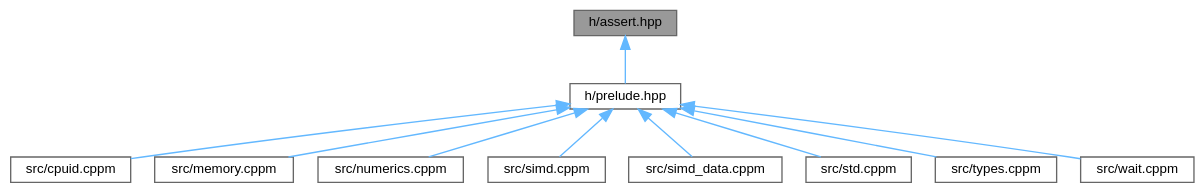
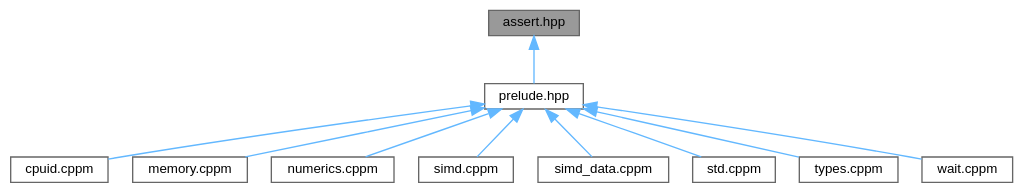
Before and after one commit to ekmett/ein: the diagram in db/dd9/assert_8hpp__dep__incl.dot, drawn with Graphviz. The commit also changed 78 other files, not shown here.

```diff
--- a/db/dd9/assert_8hpp__dep__incl.dot
+++ b/db/dd9/assert_8hpp__dep__incl.dot
@@ -1,27 +1,27 @@
-digraph "h/assert.hpp"
+digraph "assert.hpp"
 {
  // INTERACTIVE_SVG=YES
  // LATEX_PDF_SIZE
   bgcolor="transparent";
   edge [fontname=Helvetica,fontsize=10,labelfontname=Helvetica,labelfontsize=10];
   node [fontname=Helvetica,fontsize=10,shape=box,height=0.2,width=0.4];
-  Node1 [id="Node000001",label="h/assert.hpp",height=0.2,width=0.4,color="gray40", fillcolor="grey60", style="filled", fontcolor="black",tooltip="assert even during release"];
+  Node1 [id="Node000001",label="assert.hpp",height=0.2,width=0.4,color="gray40", fillcolor="grey60", style="filled", fontcolor="black",tooltip="assert even during release"];
   Node1 -> Node2 [id="edge1_Node000001_Node000002",dir="back",color="steelblue1",style="solid",tooltip=" "];
-  Node2 [id="Node000002",label="h/prelude.hpp",height=0.2,width=0.4,color="grey40", fillcolor="white", style="filled",URL="$de/d13/prelude_8hpp.html",tooltip="All c++ headers."];
+  Node2 [id="Node000002",label="prelude.hpp",height=0.2,width=0.4,color="grey40", fillcolor="white", style="filled",URL="$de/d13/prelude_8hpp.html",tooltip="All c++ headers."];
   Node2 -> Node3 [id="edge2_Node000002_Node000003",dir="back",color="steelblue1",style="solid",tooltip=" "];
-  Node3 [id="Node000003",label="src/cpuid.cppm",height=0.2,width=0.4,color="grey40", fillcolor="white", style="filled",URL="$d2/d8a/cpuid_8cppm.html",tooltip=" "];
+  Node3 [id="Node000003",label="cpuid.cppm",height=0.2,width=0.4,color="grey40", fillcolor="white", style="filled",URL="$d2/d8a/cpuid_8cppm.html",tooltip=" "];
   Node2 -> Node4 [id="edge3_Node000002_Node000004",dir="back",color="steelblue1",style="solid",tooltip=" "];
-  Node4 [id="Node000004",label="src/memory.cppm",height=0.2,width=0.4,color="grey40", fillcolor="white", style="filled",URL="$d8/d4c/memory_8cppm.html",tooltip=" "];
+  Node4 [id="Node000004",label="memory.cppm",height=0.2,width=0.4,color="grey40", fillcolor="white", style="filled",URL="$d8/d4c/memory_8cppm.html",tooltip=" "];
   Node2 -> Node5 [id="edge4_Node000002_Node000005",dir="back",color="steelblue1",style="solid",tooltip=" "];
-  Node5 [id="Node000005",label="src/numerics.cppm",height=0.2,width=0.4,color="grey40", fillcolor="white", style="filled",URL="$d5/d65/numerics_8cppm.html",tooltip=" "];
+  Node5 [id="Node000005",label="numerics.cppm",height=0.2,width=0.4,color="grey40", fillcolor="white", style="filled",URL="$d5/d65/numerics_8cppm.html",tooltip=" "];
   Node2 -> Node6 [id="edge5_Node000002_Node000006",dir="back",color="steelblue1",style="solid",tooltip=" "];
-  Node6 [id="Node000006",label="src/simd.cppm",height=0.2,width=0.4,color="grey40", fillcolor="white", style="filled",URL="$da/d01/simd_8cppm.html",tooltip=" "];
+  Node6 [id="Node000006",label="simd.cppm",height=0.2,width=0.4,color="grey40", fillcolor="white", style="filled",URL="$da/d01/simd_8cppm.html",tooltip=" "];
   Node2 -> Node7 [id="edge6_Node000002_Node000007",dir="back",color="steelblue1",style="solid",tooltip=" "];
-  Node7 [id="Node000007",label="src/simd_data.cppm",height=0.2,width=0.4,color="grey40", fillcolor="white", style="filled",URL="$df/d88/simd__data_8cppm.html",tooltip=" "];
+  Node7 [id="Node000007",label="simd_data.cppm",height=0.2,width=0.4,color="grey40", fillcolor="white", style="filled",URL="$df/d88/simd__data_8cppm.html",tooltip=" "];
   Node2 -> Node8 [id="edge7_Node000002_Node000008",dir="back",color="steelblue1",style="solid",tooltip=" "];
-  Node8 [id="Node000008",label="src/std.cppm",height=0.2,width=0.4,color="grey40", fillcolor="white", style="filled",URL="$d8/d08/std_8cppm.html",tooltip="polyfill missing standard library functions"];
+  Node8 [id="Node000008",label="std.cppm",height=0.2,width=0.4,color="grey40", fillcolor="white", style="filled",URL="$d8/d08/std_8cppm.html",tooltip="polyfill missing standard library functions"];
   Node2 -> Node9 [id="edge8_Node000002_Node000009",dir="back",color="steelblue1",style="solid",tooltip=" "];
-  Node9 [id="Node000009",label="src/types.cppm",height=0.2,width=0.4,color="grey40", fillcolor="white", style="filled",URL="$d8/dcb/types_8cppm.html",tooltip=" "];
+  Node9 [id="Node000009",label="types.cppm",height=0.2,width=0.4,color="grey40", fillcolor="white", style="filled",URL="$d8/dcb/types_8cppm.html",tooltip=" "];
   Node2 -> Node10 [id="edge9_Node000002_Node000010",dir="back",color="steelblue1",style="solid",tooltip=" "];
-  Node10 [id="Node000010",label="src/wait.cppm",height=0.2,width=0.4,color="grey40", fillcolor="white", style="filled",URL="$d0/def/wait_8cppm.html",tooltip="waiting strategies"];
+  Node10 [id="Node000010",label="wait.cppm",height=0.2,width=0.4,color="grey40", fillcolor="white", style="filled",URL="$d0/def/wait_8cppm.html",tooltip="waiting strategies"];
 }
```
